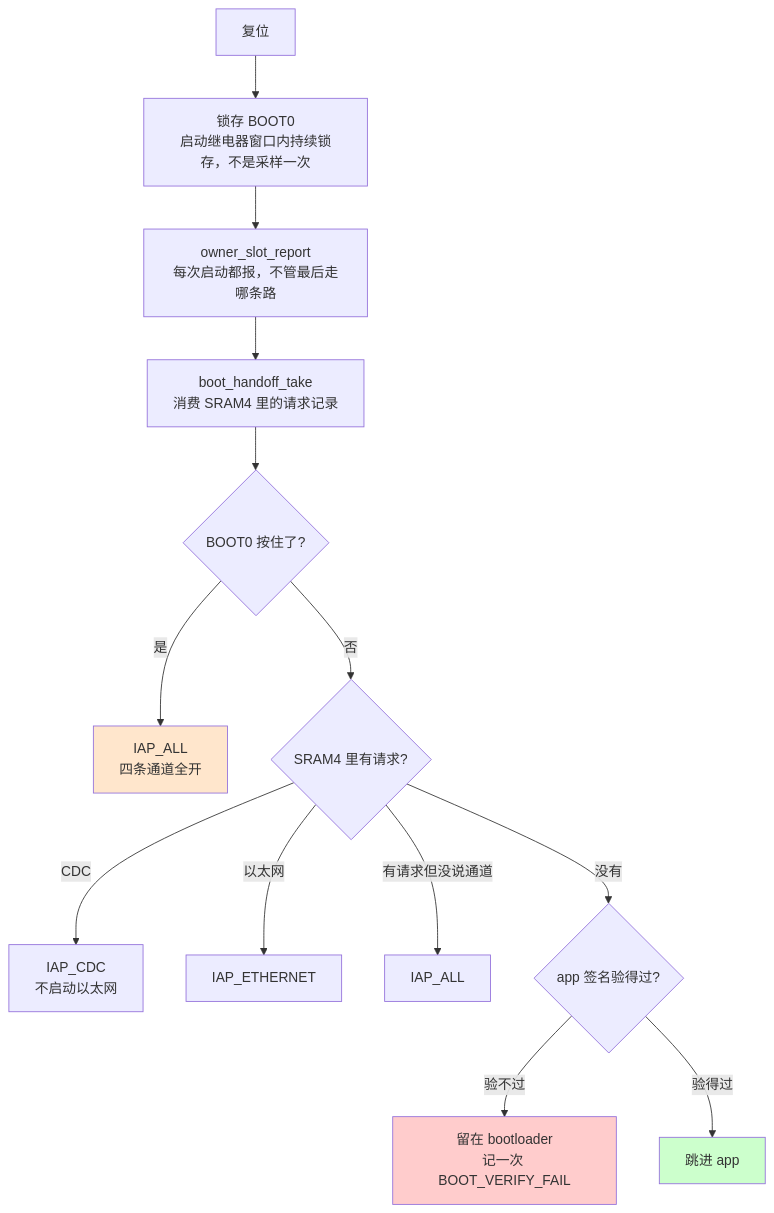
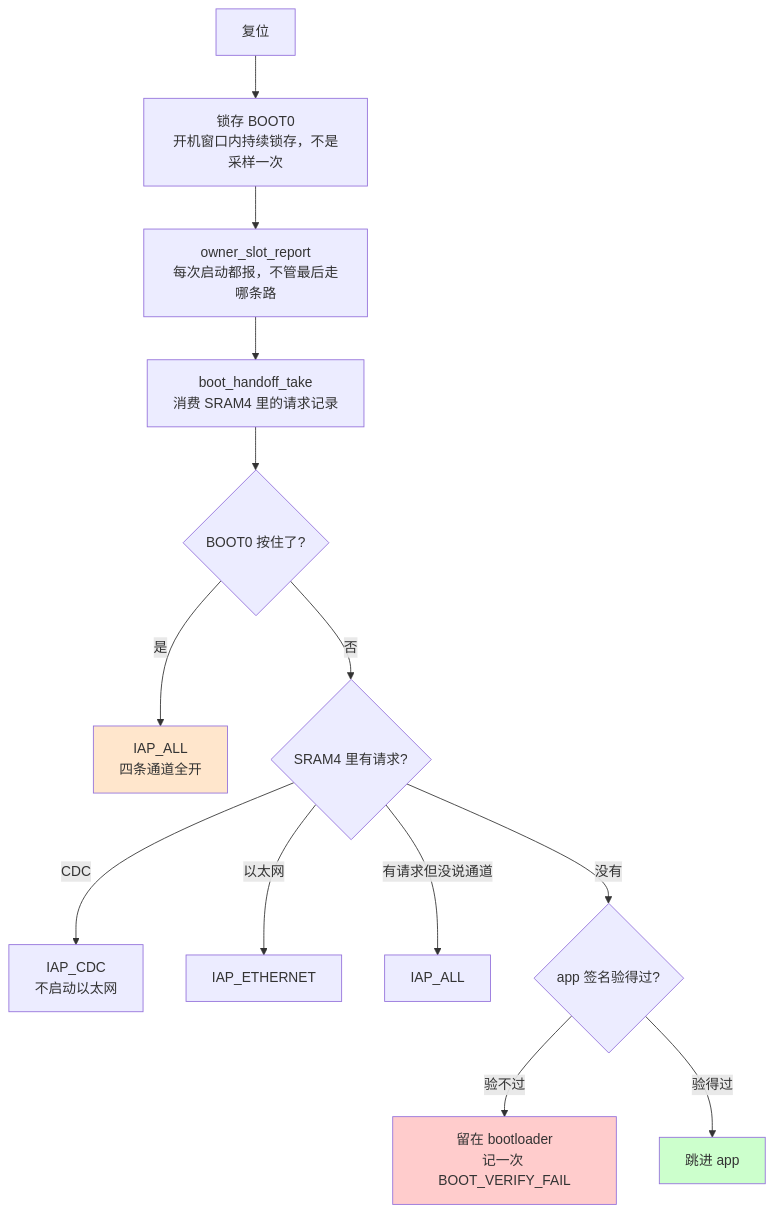
Before and after one commit to haliboteda/OpenPLC_Docs: the second of 2 diagrams in docs/modules/M1-firmware-upgrade.md, drawn with Mermaid. The commit also changed other lines of this file and 36 other files, not shown here.

````diff
--- a/docs/modules/M1-firmware-upgrade.md
+++ b/docs/modules/M1-firmware-upgrade.md
@@ -125,22 +125,22 @@
 ```mermaid
 flowchart TD
-    A[复位] --> B[锁存 BOOT0<br/>启动继电器窗口内持续锁存，不是采样一次]
+    A[复位] --> B[锁存 BOOT0<br/>开机窗口内持续锁存，不是采样一次]
     B --> C[owner_slot_report<br/>每次启动都报，不管最后走哪条路]
     C --> D[boot_handoff_take<br/>消费 SRAM4 里的请求记录]
     D --> E{BOOT0 按住了?}
 
     E -->|是| F[IAP_ALL<br/>四条通道全开]
     E -->|否| G{SRAM4 里有请求?}
 
     G -->|CDC| H[IAP_CDC<br/>不启动以太网]
     G -->|以太网| I[IAP_ETHERNET]
     G -->|有请求但没说通道| J[IAP_ALL]
     G -->|没有| K{app 签名验得过?}
 
     K -->|验不过| L[留在 bootloader<br/>记一次 BOOT_VERIFY_FAIL]
     K -->|验得过| M[跳进 app]
 
     style F fill:#ffe6cc
     style L fill:#ffcccc
     style M fill:#ccffcc
 ```
````
